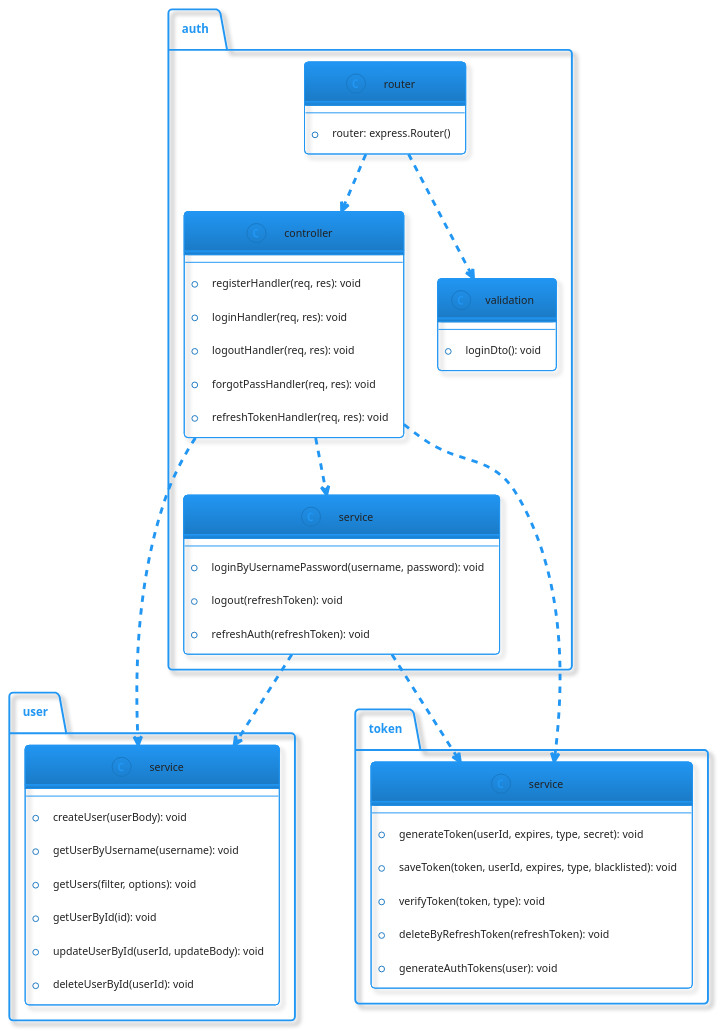
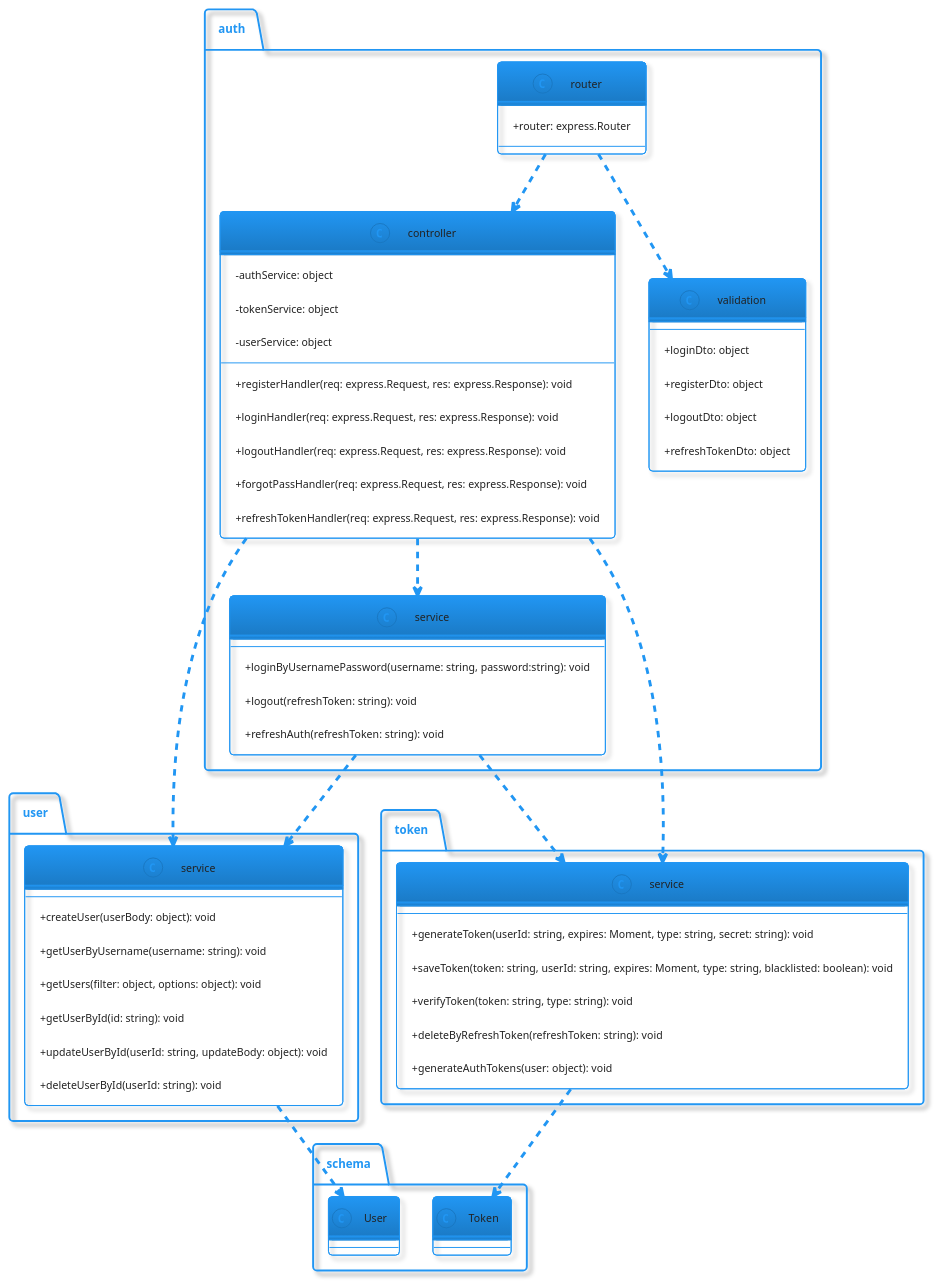
One commit to tuannm99/RMS changed the diagram in plantuml/class/auth.puml. Above: the diagram before and after it, drawn with PlantUML. The commit also changed 3 other files, not shown here.

Commit message:
add - sequence:register, update - class:auth

```diff
--- a/plantuml/class/auth.puml
+++ b/plantuml/class/auth.puml
@@ -1,61 +1,79 @@
 @startuml auth class diagram
 !theme materia-outline
+
+skinparam classAttributeIconSize 0
 class auth.controller{
+  - {field} authService: object
+  - {field} tokenService: object
+  - {field} userService: object
 
-  + registerHandler(req, res): void
-  + loginHandler(req, res): void
-  + logoutHandler(req, res): void
-  + forgotPassHandler(req, res): void
-  + refreshTokenHandler(req, res): void
+  + {method} registerHandler(req: express.Request, res: express.Response): void
+  + {method} loginHandler(req: express.Request, res: express.Response): void
+  + {method} logoutHandler(req: express.Request, res: express.Response): void
+  + {method} forgotPassHandler(req: express.Request, res: express.Response): void
+  + {method} refreshTokenHandler(req: express.Request, res: express.Response): void
 }
 
 class auth.service{
-  + loginByUsernamePassword(username, password): void
-  + logout(refreshToken): void
-  + refreshAuth(refreshToken): void
+  + {method} loginByUsernamePassword(username: string, password:string): void
+  + {method} logout(refreshToken: string): void
+  + {method} refreshAuth(refreshToken: string): void
 }
 
 class auth.router{
-  + router: express.Router()
+  + {field} router: express.Router
 }
 
 class auth.validation{
-  + loginDto(): void
+  + {method} loginDto: object
+  + {method} registerDto: object
+  + {method} logoutDto: object
+  + {method} refreshTokenDto: object
 }
 
 ' class user.controller{
 '   + getAllUsersHandler(req, res): void
 '   + getUserHandler(req, res): void
 '   + updateUserHandler(req, res): void
 '   + deleteUserHandler(req, res): void
 ' }
 
 ' class user.router{
 '   + router: express.Router()
 ' }
 
 class user.service{
-  + createUser(userBody): void
-  + getUserByUsername(username): void
-  + getUsers(filter, options): void
-  + getUserById(id): void
-  + updateUserById(userId, updateBody): void
-  + deleteUserById(userId): void
+  + {method} createUser(userBody: object): void
+  + {method} getUserByUsername(username: string): void
+  + {method} getUsers(filter: object, options: object): void
+  + {method} getUserById(id: string): void
+  + {method} updateUserById(userId: string, updateBody: object): void
+  + {method} deleteUserById(userId: string): void
 }
 
 class token.service{
-  + generateToken(userId, expires, type, secret): void
-  + saveToken(token, userId, expires, type, blacklisted): void
-  + verifyToken(token, type): void
-  + deleteByRefreshToken(refreshToken): void
-  + generateAuthTokens(user): void
+  + {method} generateToken(userId: string, expires: Moment, type: string, secret: string): void
+  + {method} saveToken(token: string, userId: string, expires: Moment, type: string, blacklisted: boolean): void
+  + {method} verifyToken(token: string, type: string): void
+  + {method} deleteByRefreshToken(refreshToken: string): void
+  + {method} generateAuthTokens(user: object): void
+}
+
+class schema.Token {
+
+}
+
+class schema.User {
+
 }
 
 auth.router ..> auth.validation
 auth.controller ..> auth.service
 auth.router ..>	 auth.controller
 auth.service ..> user.service
 auth.service ..> token.service
 auth.controller ..> user.service
 auth.controller ..> token.service
+user.service ..> schema.User
+token.service ..> schema.Token
 @enduml
```
